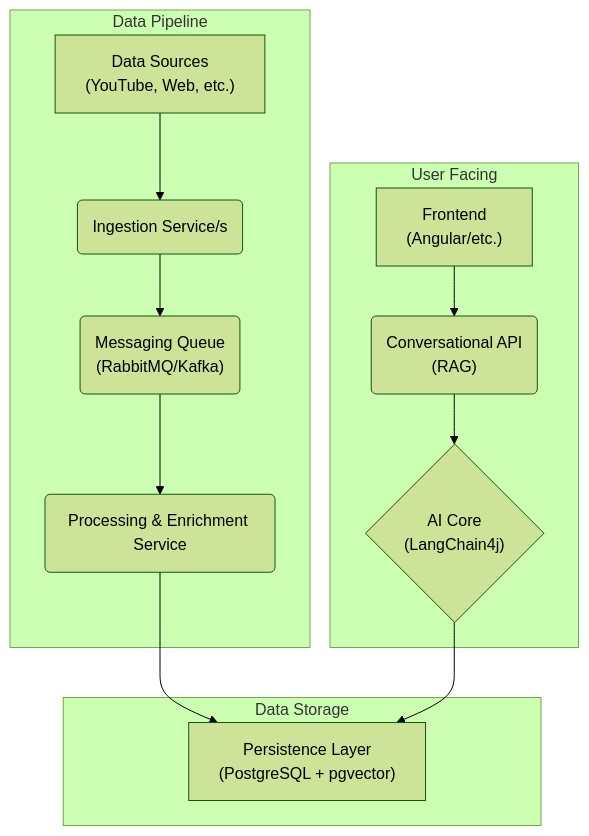
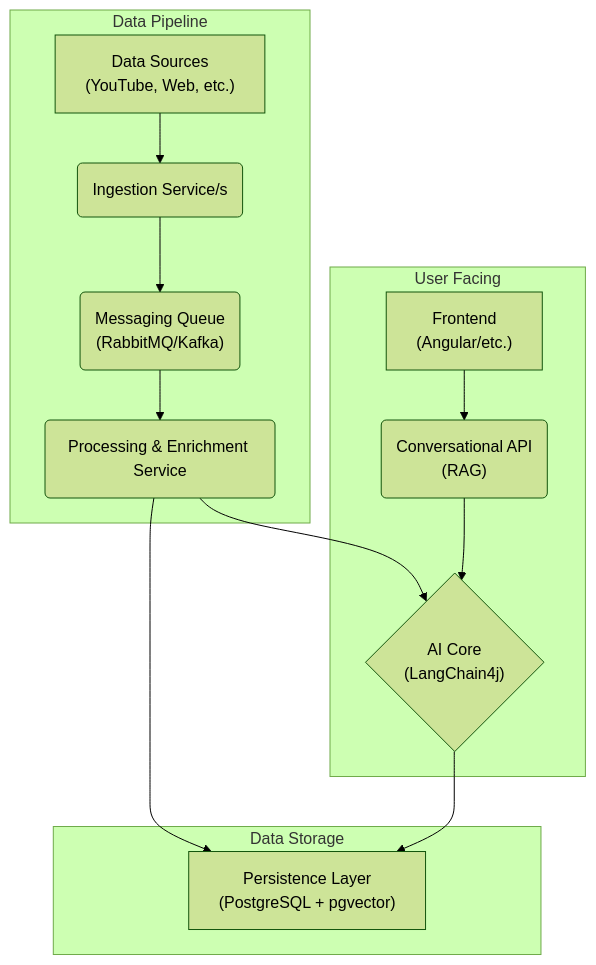
One commit to sjuresa/povzetkar changed the diagram in src/main/docs/specification.md. Above: the diagram before and after it, drawn with Mermaid (forest theme). The commit also changed 2 other files, not shown here.

````diff
--- a/src/main/docs/specification.md
+++ b/src/main/docs/specification.md
@@ -16,20 +16,21 @@
 ```mermaid
 graph TD
     subgraph "User Facing"
         A["Frontend <br>(Angular/etc.)"] --> B("Conversational API <br>(RAG)")
         B --> C{"AI Core <br>(LangChain4j)"}
     end
 
     subgraph "Data Pipeline"
         D["Data Sources <br>(YouTube, Web, etc.)"] --> E("Ingestion Service/s")
         E --> F("Messaging Queue <br>(RabbitMQ/Kafka)")
         F --> G("Processing & Enrichment Service")
     end
 
     subgraph "Data Storage"
         H["Persistence Layer <br>(PostgreSQL + pgvector)"]
     end
 
     G --> H
     C --> H
+    G --> C
 ```
````
